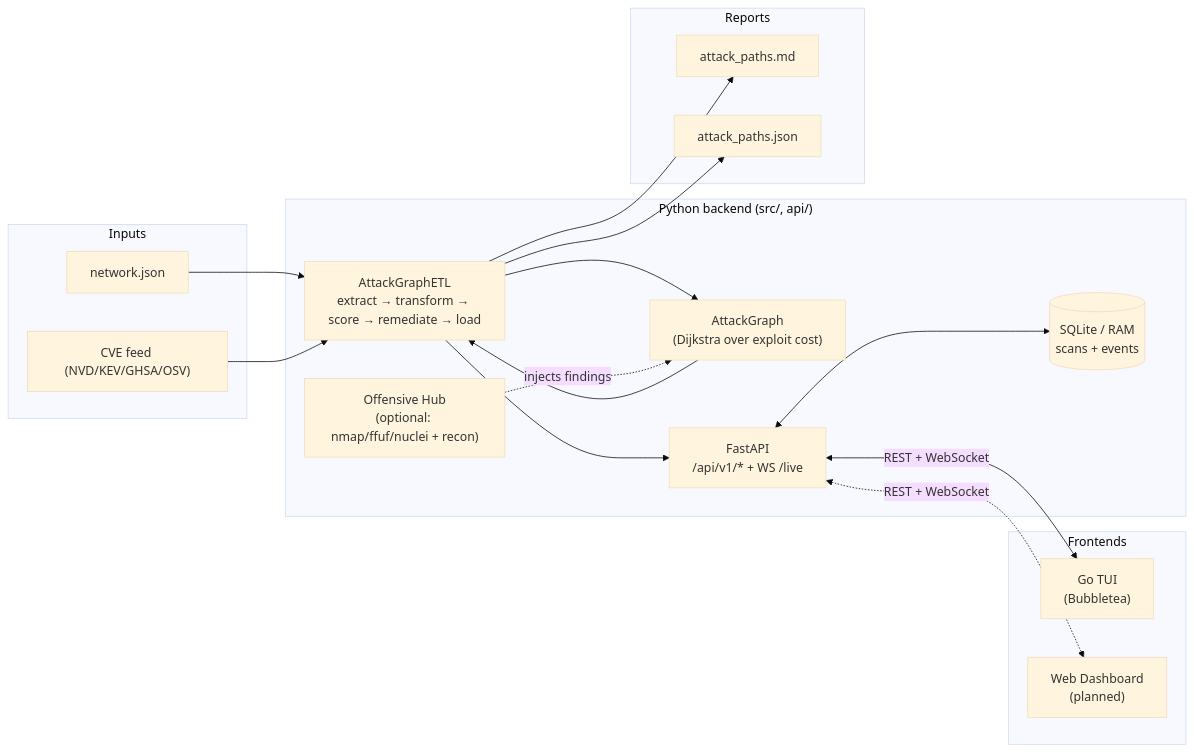
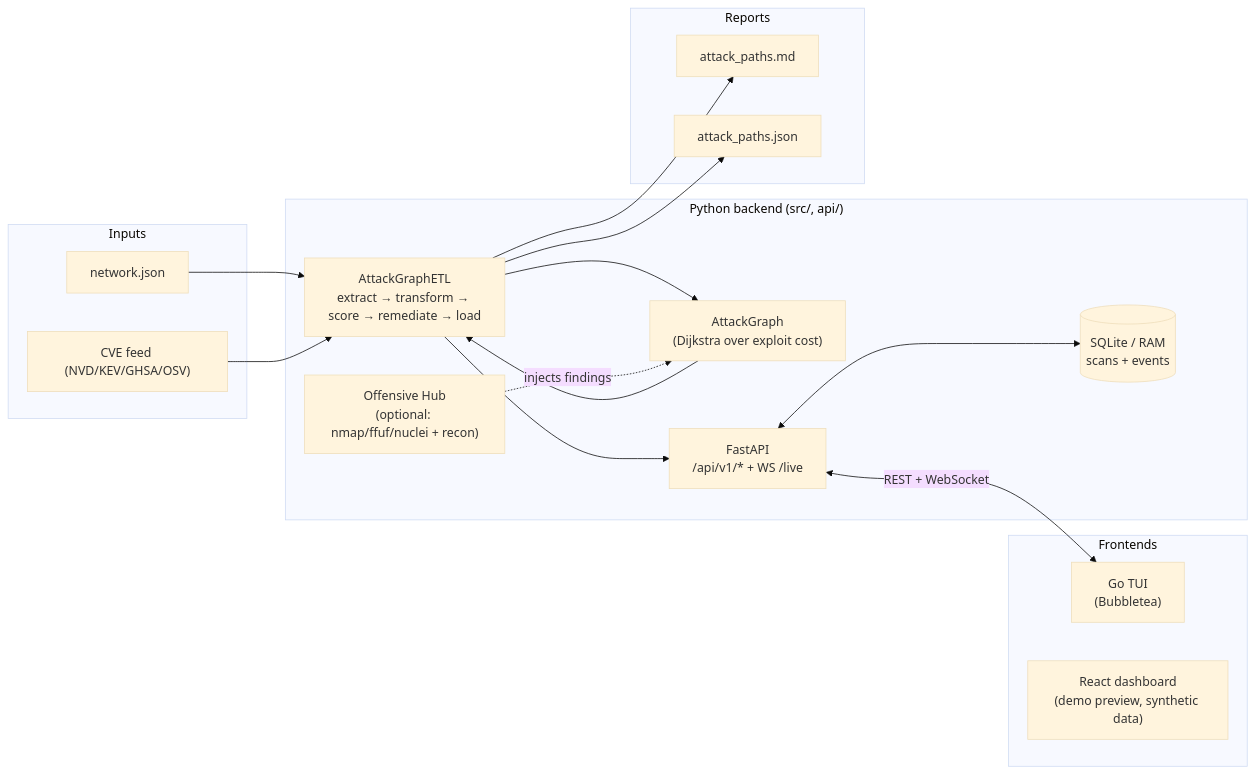
Before and after one commit to oxyec/Gordian: the diagram in README.md, drawn with Mermaid (base theme). The commit also changed other lines of this file, not shown here.

````diff
--- a/README.md
+++ b/README.md
@@ -125,34 +127,33 @@
 ```mermaid
 flowchart LR
     subgraph Inputs
         N["network.json"]
         C["CVE feed (NVD/KEV/GHSA/OSV)"]
     end
     subgraph Backend["Python backend (src/, api/)"]
         ETL["AttackGraphETL<br/>extract → transform → score → remediate → load"]
         GRAPH["AttackGraph<br/>(Dijkstra over exploit cost)"]
         OFF["Offensive Hub<br/>(optional: nmap/ffuf/nuclei + recon)"]
         API["FastAPI<br/>/api/v1/* + WS /live"]
         STORE[("SQLite / RAM<br/>scans + events")]
     end
     subgraph Reports
         MD["attack_paths.md"]
         JSON["attack_paths.json"]
     end
     subgraph Frontends
         TUI["Go TUI<br/>(Bubbletea)"]
-        WEB["Web Dashboard<br/>(planned)"]
+        WEB["React dashboard<br/>(demo preview, synthetic data)"]
     end
 
     N --> ETL
     C --> ETL
     ETL --> GRAPH
     GRAPH --> ETL
     OFF -.injects findings.-> GRAPH
     ETL --> MD
     ETL --> JSON
     ETL --> API
     API <--> STORE
     API <-->|REST + WebSocket| TUI
-    API <-.->|REST + WebSocket| WEB
 ```
````
